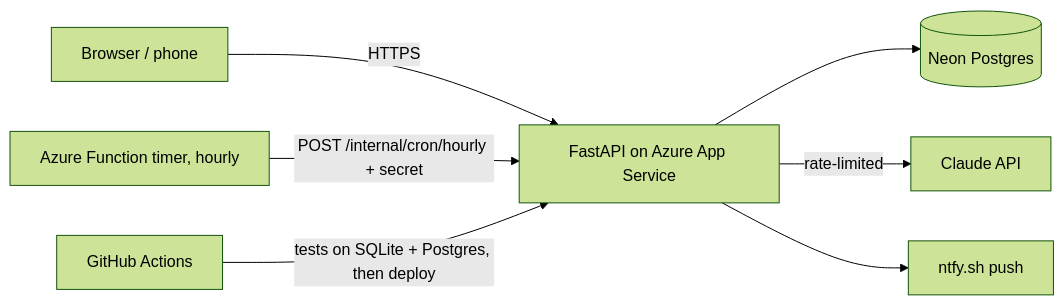
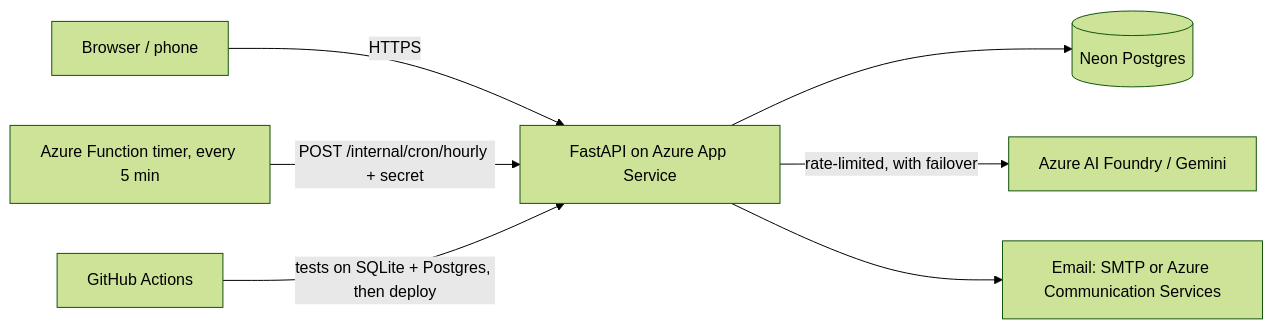
The diagram in README.md (Anushree1291/planner_app), drawn with Mermaid (forest theme) before and after one commit. The commit also changed other lines of this file and 30 other files, not shown here.

````diff
--- a/README.md
+++ b/README.md
@@ -33,9 +45,9 @@
 ```mermaid
 flowchart LR
   U[Browser / phone] -->|HTTPS| W[FastAPI on Azure App Service]
   W --> DB[(Neon Postgres)]
-  W -->|rate-limited| AI[Claude API]
-  W --> N[ntfy.sh push]
-  T[Azure Function timer, hourly] -->|POST /internal/cron/hourly + secret| W
+  W -->|rate-limited, with failover| AI[Azure AI Foundry / Gemini]
+  W --> M[Email: SMTP or Azure Communication Services]
+  T[Azure Function timer, every 5 min] -->|POST /internal/cron/hourly + secret| W
   G[GitHub Actions] -->|tests on SQLite + Postgres, then deploy| W
 ```
````
